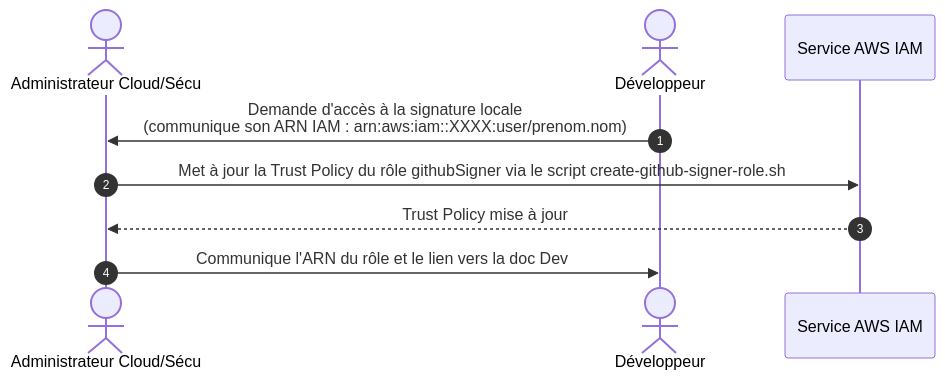
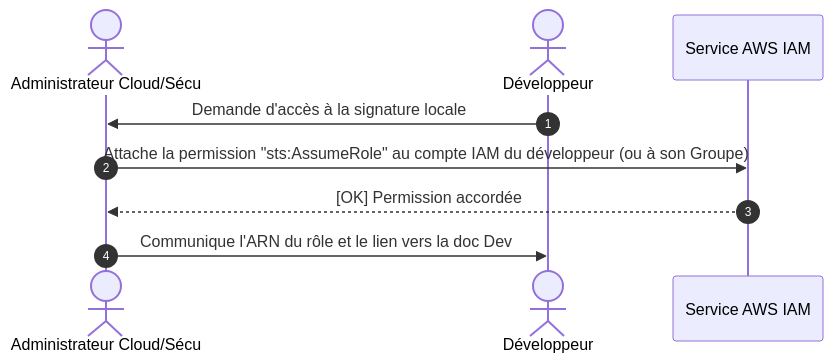
Before and after one commit to techno-concept/hardware-cicd-tools-firmware: the second of 3 diagrams in docs/aws-kms-setup-guide.md, drawn with Mermaid. The commit also changed other lines of this file and 1 other file, not shown here.

Commit message:
docs: expand AWS KMS setup and developer guides with detailed instructions

````diff
--- a/docs/aws-kms-setup-guide.md
+++ b/docs/aws-kms-setup-guide.md
@@ -84,14 +112,14 @@
 ```mermaid
 sequenceDiagram
     autonumber
     actor Admin as Administrateur Cloud/Sécu
     actor Dev as Développeur
     participant IAM as Service AWS IAM
 
-    Dev->>Admin: Demande d'accès à la signature locale<br/>(communique son ARN IAM : arn:aws:iam::XXXX:user/prenom.nom)
+    Dev->>Admin: Demande d'accès à la signature locale
 
-    Admin->>IAM: Met à jour la Trust Policy du rôle githubSigner via le script create-github-signer-role.sh
-    IAM-->>Admin: Trust Policy mise à jour
+    Admin->>IAM: Attache la permission "sts:AssumeRole" au compte IAM du développeur (ou à son Groupe)
+    IAM-->>Admin: [OK] Permission accordée
 
     Admin->>Dev: Communique l'ARN du rôle et le lien vers la doc Dev
 ```
````
